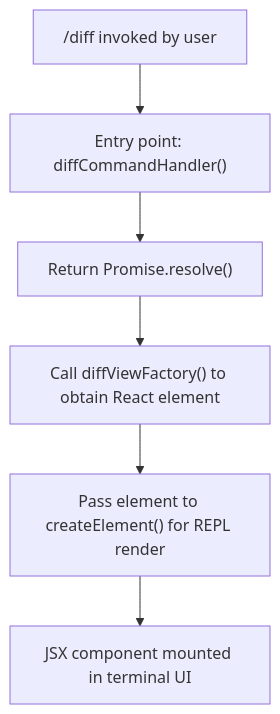
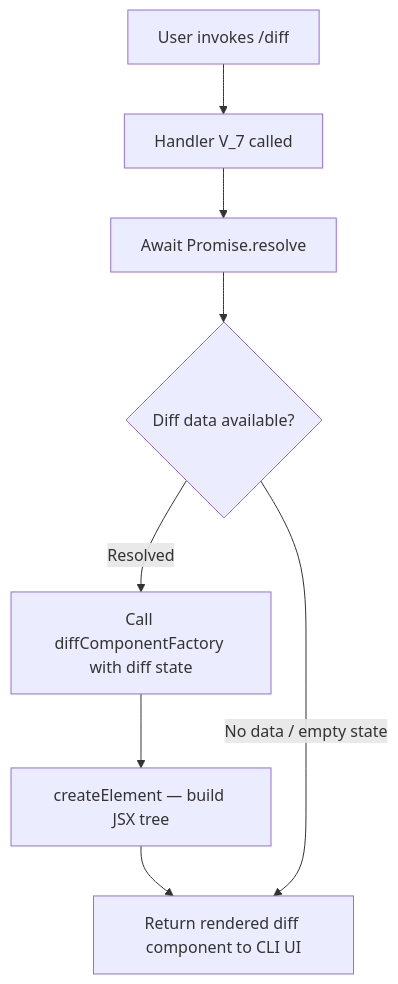
The diagram in versions/v2.1.143/diff.md (MyLittleLuckyDog/cc-gnothi), drawn with Mermaid before and after one commit. The commit also changed other lines of this file and 483 other files, not shown here.

````diff
--- a/versions/v2.1.143/diff.md
+++ b/versions/v2.1.143/diff.md
@@ -46,8 +55,10 @@
 ```mermaid
 flowchart TD
-    A["/diff invoked by user"] --> B["Entry point: diffCommandHandler()"]
-    B --> C["Return Promise.resolve()"]
-    C --> D["Call diffViewFactory() to obtain React element"]
-    D --> E["Pass element to createElement() for REPL render"]
-    E --> F["JSX component mounted in terminal UI"]
+    A[User invokes /diff] --> B[Handler V_7 called]
+    B --> C[Await Promise.resolve]
+    C --> D{Diff data available?}
+    D -->|Resolved| E[Call diffComponentFactory with diff state]
+    E --> F[createElement — build JSX tree]
+    F --> G[Return rendered diff component to CLI UI]
+    D -->|No data / empty state| G
 ```
````
